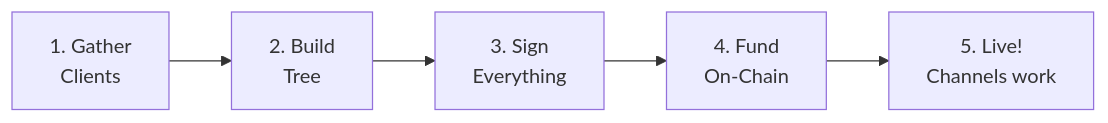
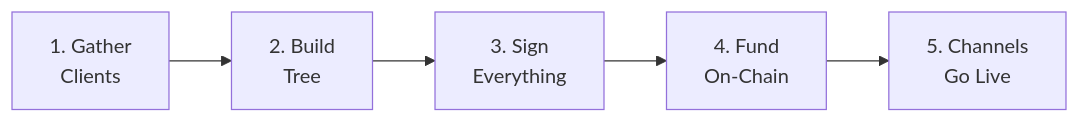
Before and after one commit to 8144225309/superscalar-docs: the first of 3 diagrams in how-it-works/building-a-factory.md, drawn with Mermaid. The commit also changed other lines of this file and 31 other files, not shown here.

````diff
--- a/how-it-works/building-a-factory.md
+++ b/how-it-works/building-a-factory.md
@@ -9,4 +9,4 @@
 ```mermaid
 flowchart LR
-    G["1. Gather<br/>Clients"] --> T["2. Build<br/>Tree"] --> S["3. Sign<br/>Everything"] --> F["4. Fund<br/>On-Chain"] --> L["5. Live!<br/>Channels work"]
+    G["1. Gather<br/>Clients"] --> T["2. Build<br/>Tree"] --> S["3. Sign<br/>Everything"] --> F["4. Fund<br/>On-Chain"] --> L["5. Channels<br/>Go Live"]
 ```
````
